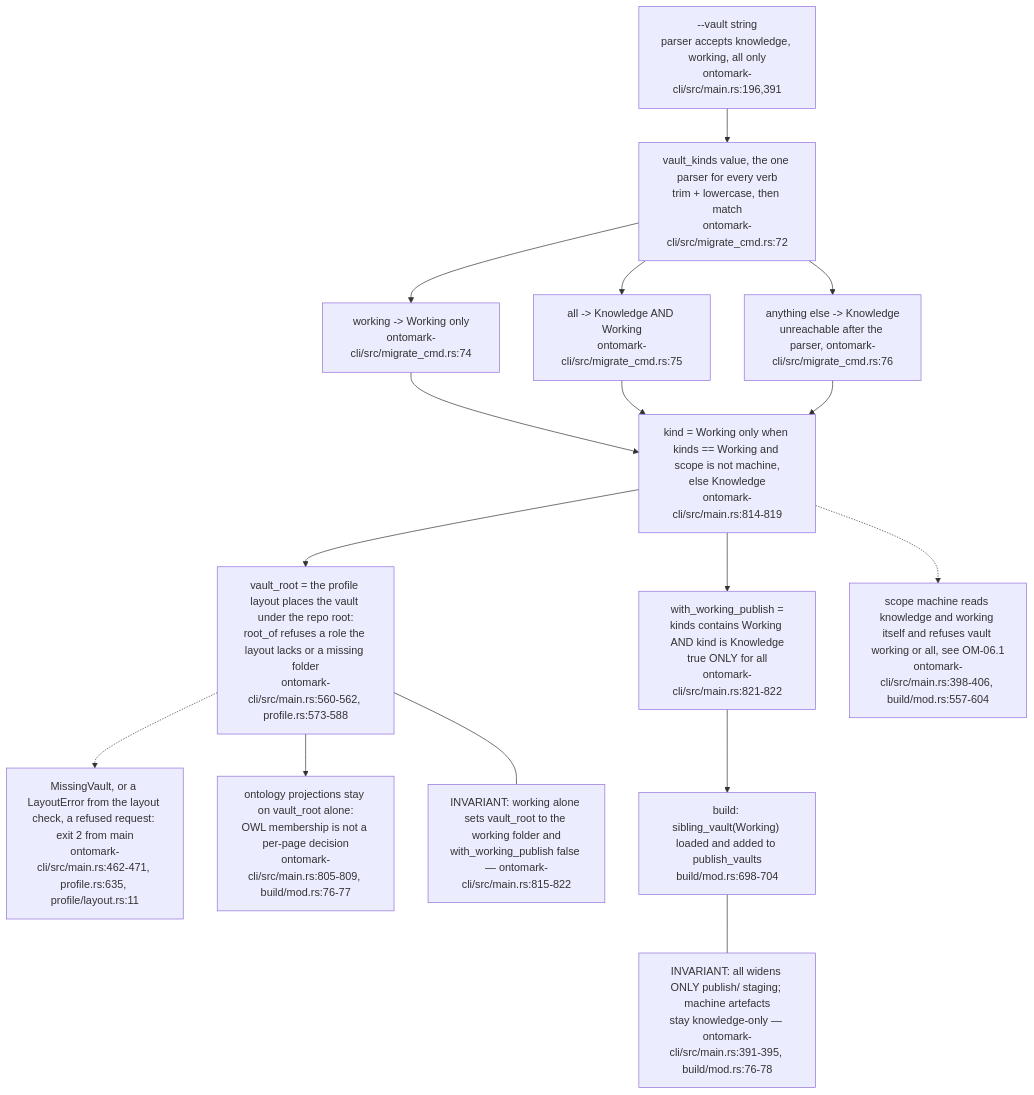
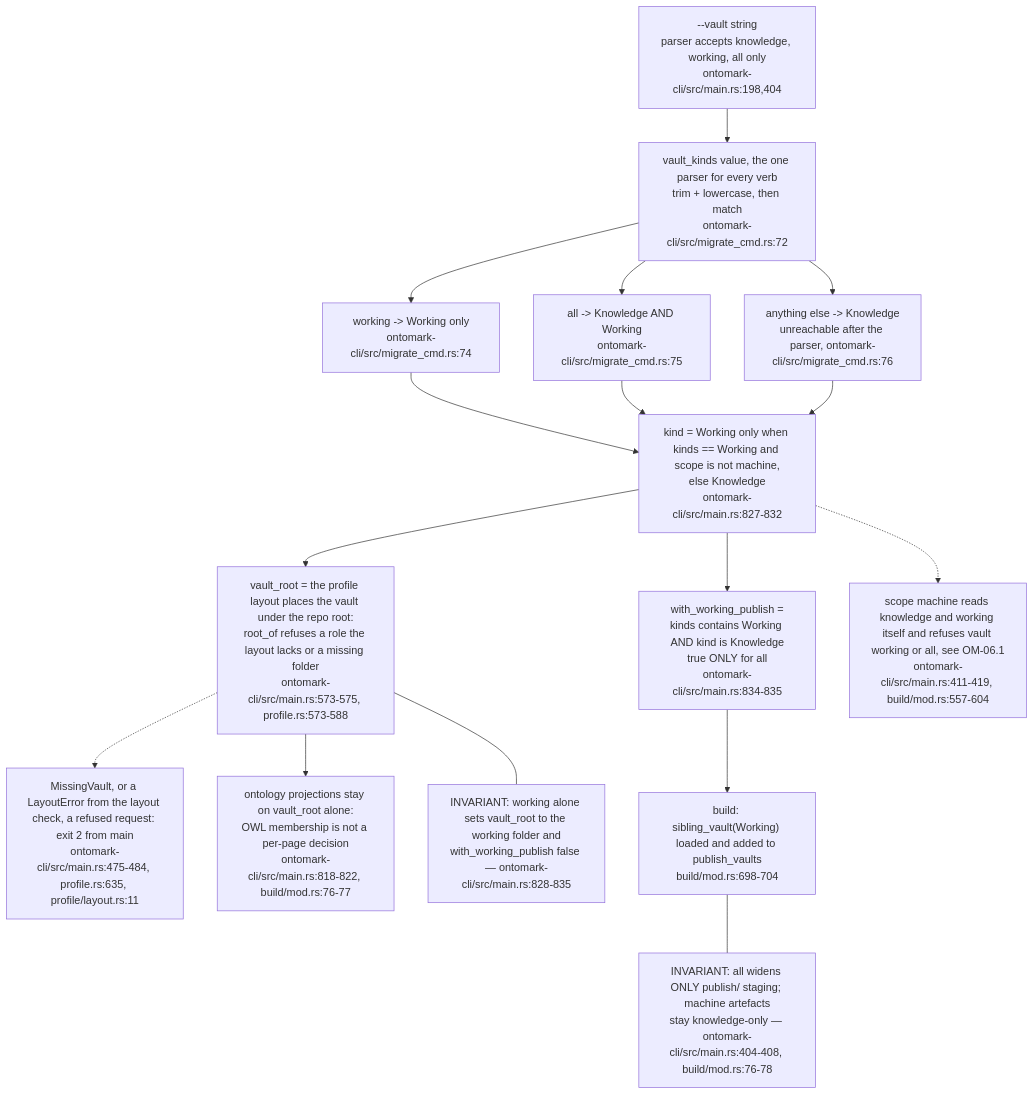
Before and after one commit to DreamLab-AI/VisionFlow: the second of 6 diagrams in docs/diagrams/ontomark/05-cli-commands-vault-selector-and-exit-codes.md, drawn with Mermaid. The commit also changed other lines of this file and 70 other files, not shown here.

First line of the commit message:
docs(diagrams): re-verify 69 topics at current default-branch heads

````diff
--- a/docs/diagrams/ontomark/05-cli-commands-vault-selector-and-exit-codes.md
+++ b/docs/diagrams/ontomark/05-cli-commands-vault-selector-and-exit-codes.md
@@ -69,32 +71,32 @@
 ```mermaid
 flowchart TD
-    FLAG["--vault string<br/>parser accepts knowledge, working, all only<br/>ontomark-cli/src/main.rs:196,391"]
+    FLAG["--vault string<br/>parser accepts knowledge, working, all only<br/>ontomark-cli/src/main.rs:198,404"]
     VK["vault_kinds value, the one parser for every verb<br/>trim + lowercase, then match<br/>ontomark-cli/src/migrate_cmd.rs:72"]
     W["working -> Working only<br/>ontomark-cli/src/migrate_cmd.rs:74"]
     A["all -> Knowledge AND Working<br/>ontomark-cli/src/migrate_cmd.rs:75"]
     K["anything else -> Knowledge<br/>unreachable after the parser, ontomark-cli/src/migrate_cmd.rs:76"]
-    KIND["kind = Working only when kinds == Working and scope is not machine,<br/>else Knowledge<br/>ontomark-cli/src/main.rs:814-819"]
-    ROOT["vault_root = the profile layout places the vault under the repo root:<br/>root_of refuses a role the layout lacks or a missing folder<br/>ontomark-cli/src/main.rs:560-562, profile.rs:573-588"]
-    MISS["MissingVault, or a LayoutError from the layout check, a refused request: exit 2 from main<br/>ontomark-cli/src/main.rs:462-471, profile.rs:635, profile/layout.rs:11"]
-    WWP["with_working_publish =<br/>kinds contains Working AND kind is Knowledge<br/>true ONLY for all<br/>ontomark-cli/src/main.rs:821-822"]
+    KIND["kind = Working only when kinds == Working and scope is not machine,<br/>else Knowledge<br/>ontomark-cli/src/main.rs:827-832"]
+    ROOT["vault_root = the profile layout places the vault under the repo root:<br/>root_of refuses a role the layout lacks or a missing folder<br/>ontomark-cli/src/main.rs:573-575, profile.rs:573-588"]
+    MISS["MissingVault, or a LayoutError from the layout check, a refused request: exit 2 from main<br/>ontomark-cli/src/main.rs:475-484, profile.rs:635, profile/layout.rs:11"]
+    WWP["with_working_publish =<br/>kinds contains Working AND kind is Knowledge<br/>true ONLY for all<br/>ontomark-cli/src/main.rs:834-835"]
     PUB["build: sibling_vault(Working) loaded and added to publish_vaults<br/>build/mod.rs:698-704"]
-    MS["scope machine reads knowledge and working itself and refuses vault working or all, see OM-06.1<br/>ontomark-cli/src/main.rs:398-406, build/mod.rs:557-604"]
-    ART["ontology projections stay on vault_root alone:<br/>OWL membership is not a per-page decision<br/>ontomark-cli/src/main.rs:805-809, build/mod.rs:76-77"]
+    MS["scope machine reads knowledge and working itself and refuses vault working or all, see OM-06.1<br/>ontomark-cli/src/main.rs:411-419, build/mod.rs:557-604"]
+    ART["ontology projections stay on vault_root alone:<br/>OWL membership is not a per-page decision<br/>ontomark-cli/src/main.rs:818-822, build/mod.rs:76-77"]
     FLAG --> VK
     VK --> W
     VK --> A
     VK --> K
     W --> KIND
     A --> KIND
     K --> KIND
     KIND --> ROOT
     ROOT -.-> MISS
     KIND --> WWP
     WWP --> PUB
     ROOT --> ART
-    n1["INVARIANT: all widens ONLY publish/ staging; machine artefacts<br/>stay knowledge-only — ontomark-cli/src/main.rs:391-395, build/mod.rs:76-78"]
-    n2["INVARIANT: working alone sets vault_root to the working folder and<br/>with_working_publish false — ontomark-cli/src/main.rs:815-822"]
+    n1["INVARIANT: all widens ONLY publish/ staging; machine artefacts<br/>stay knowledge-only — ontomark-cli/src/main.rs:404-408, build/mod.rs:76-78"]
+    n2["INVARIANT: working alone sets vault_root to the working folder and<br/>with_working_publish false — ontomark-cli/src/main.rs:828-835"]
     PUB --- n1
     ROOT --- n2
     KIND -.-> MS
 ```
````
